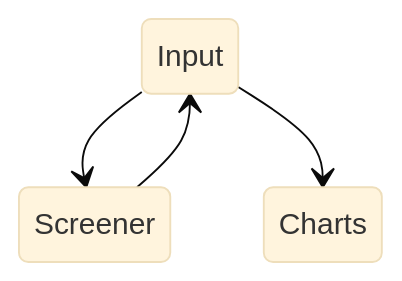
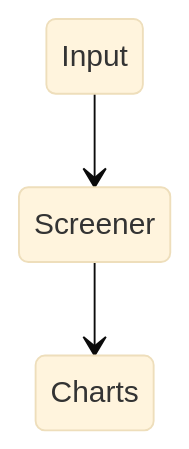
The diagram in README.md (Photon1c/PecuniaryScriptsLibrary), drawn with Mermaid (base theme) before and after one commit.

````diff
--- a/README.md
+++ b/README.md
@@ -15,6 +15,6 @@
 ```mermaid
 stateDiagram-v2
 Input --> Screener
-Screener --> Input
-Input --> Charts
+Screener --> Charts
+
 ```
````
